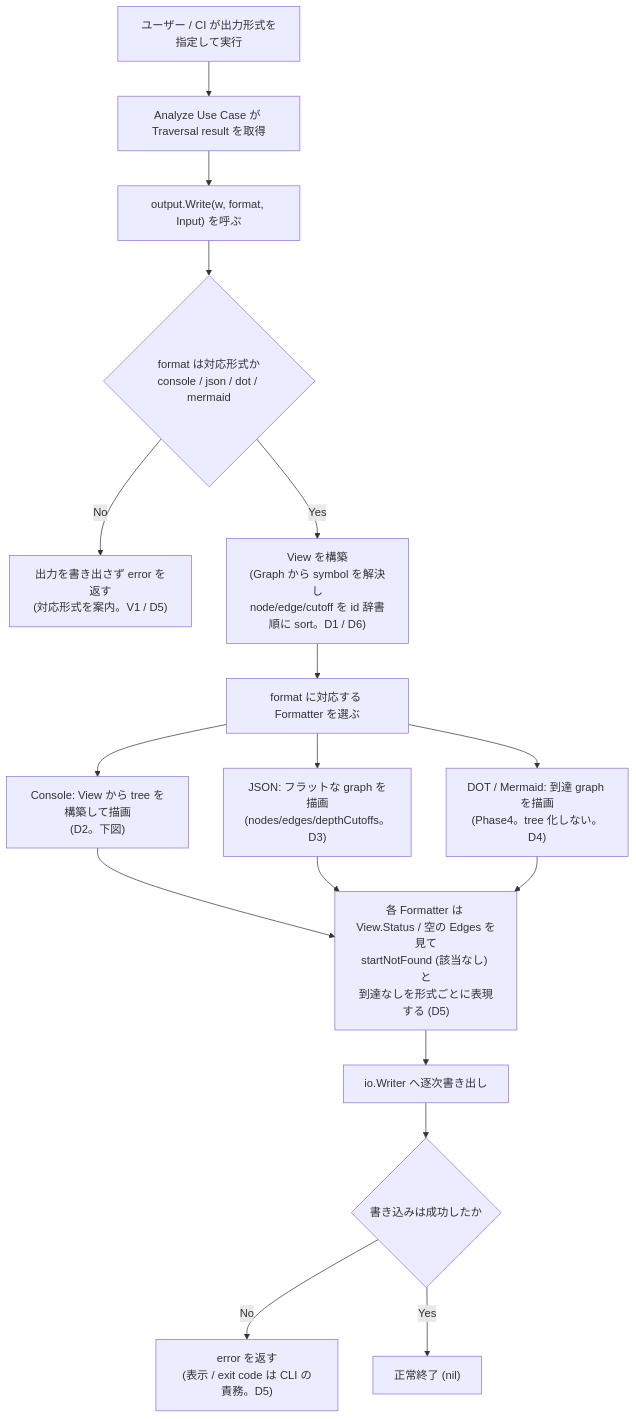
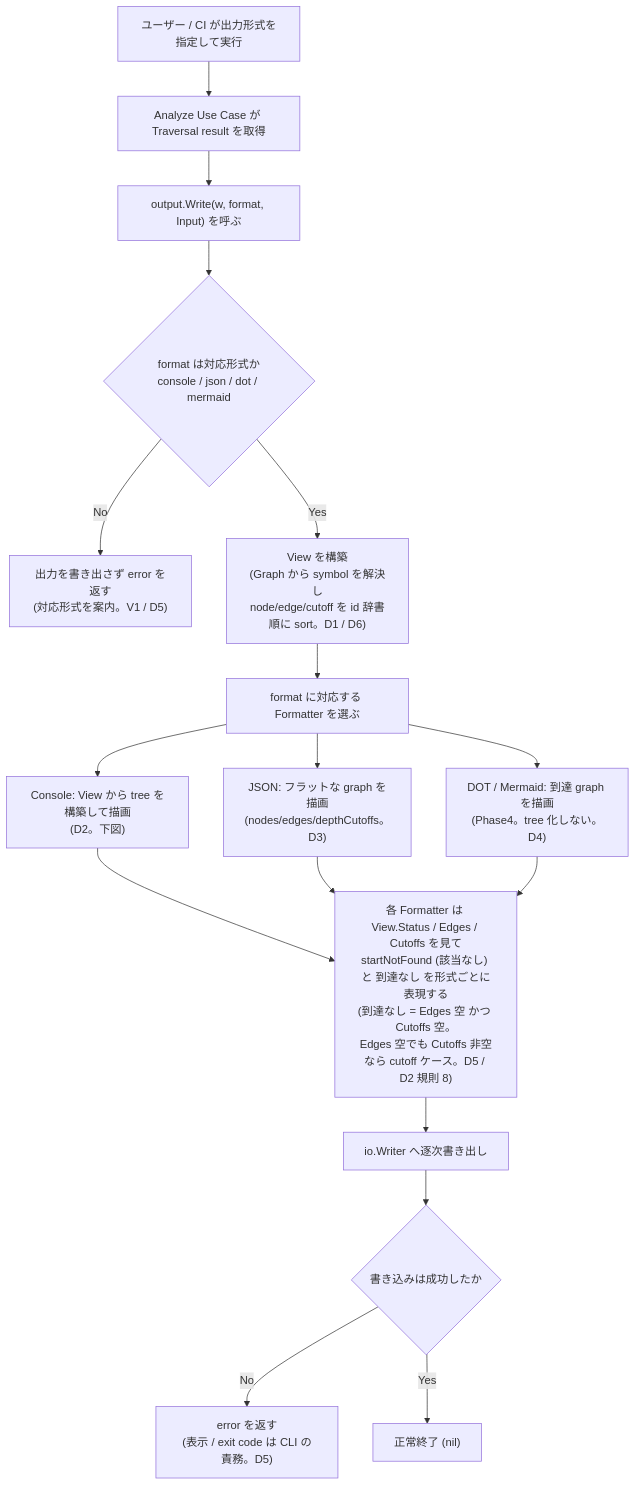
The first of 3 diagrams in specs/7-output/index.md (Fukuemon/depwalk), drawn with Mermaid before and after one commit. The commit also changed other lines of this file and 1 other file, not shown here.

Commit message:
docs(spec): Formatter の分岐条件を Status/Edges/Cutoffs の3条件に統一 #7

````diff
--- a/specs/7-output/index.md
+++ b/specs/7-output/index.md
@@ -611,19 +611,19 @@
 ```mermaid
 flowchart TD
     A["ユーザー / CI が出力形式を指定して実行"] --> B["Analyze Use Case が Traversal result を取得"]
     B --> C["output.Write(w, format, Input) を呼ぶ"]
     C --> D{"format は対応形式か<br/>console / json / dot / mermaid"}
     D -- "No" --> E["出力を書き出さず error を返す<br/>(対応形式を案内。V1 / D5)"]
     D -- "Yes" --> F["View を構築<br/>(Graph から symbol を解決し<br/>node/edge/cutoff を id 辞書順に sort。D1 / D6)"]
     F --> G["format に対応する Formatter を選ぶ"]
     G --> H["Console: View から tree を構築して描画<br/>(D2。下図)"]
     G --> I["JSON: フラットな graph を描画<br/>(nodes/edges/depthCutoffs。D3)"]
     G --> J["DOT / Mermaid: 到達 graph を描画<br/>(Phase4。tree 化しない。D4)"]
-    H --> K["各 Formatter は View.Status / 空の Edges を見て<br/>startNotFound (該当なし) と<br/>到達なしを形式ごとに表現する (D5)"]
+    H --> K["各 Formatter は View.Status / Edges / Cutoffs を見て<br/>startNotFound (該当なし) と 到達なし を形式ごとに表現する<br/>(到達なし = Edges 空 かつ Cutoffs 空。<br/>Edges 空でも Cutoffs 非空なら cutoff ケース。D5 / D2 規則 8)"]
     I --> K
     J --> K
     K --> L["io.Writer へ逐次書き出し"]
     L --> M{"書き込みは成功したか"}
     M -- "No" --> N["error を返す<br/>(表示 / exit code は CLI の責務。D5)"]
     M -- "Yes" --> O["正常終了 (nil)"]
 ```
````
